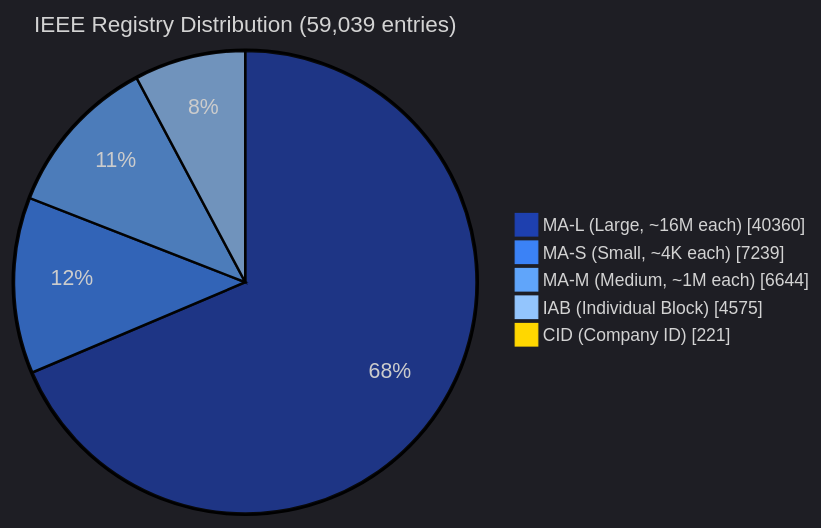
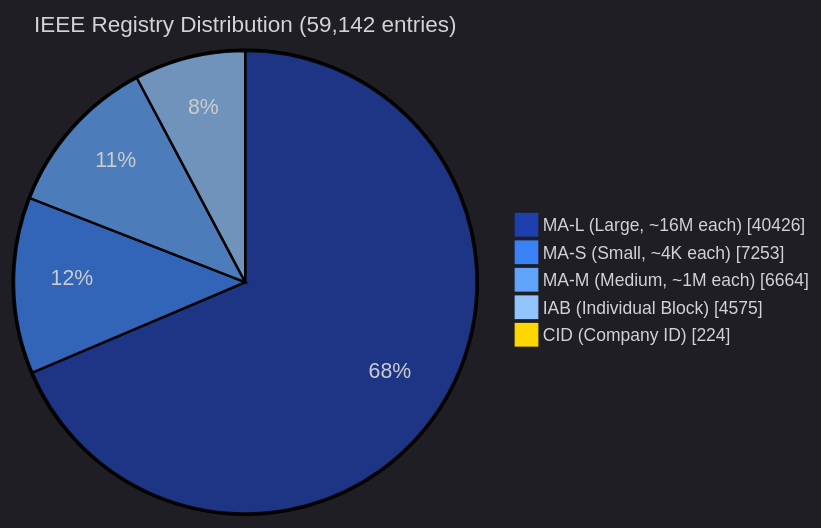
One commit to zqf20096327/dbhub_collect changed the third of 5 diagrams in data/readmes/Ringmast4r__OUI-Master-Database.md. Above: the diagram before and after it, drawn with Mermaid. The commit also changed other lines of this file and 816 other files, not shown here.

````diff
--- a/data/readmes/Ringmast4r__OUI-Master-Database.md
+++ b/data/readmes/Ringmast4r__OUI-Master-Database.md
@@ -133,10 +133,10 @@
 ```mermaid
 %%{init: {'theme':'dark', 'themeVariables': {'pie1':'#1E40AF','pie2':'#3B82F6','pie3':'#60A5FA','pie4':'#93C5FD','pie5':'#FFD700','pieTitleTextSize':'18px','pieLegendTextSize':'14px'}}}%%
 pie showData
-    title IEEE Registry Distribution (59,039 entries)
-    "MA-L (Large, ~16M each)" : 40360
-    "MA-S (Small, ~4K each)" : 7239
-    "MA-M (Medium, ~1M each)" : 6644
+    title IEEE Registry Distribution (59,142 entries)
+    "MA-L (Large, ~16M each)" : 40426
+    "MA-S (Small, ~4K each)" : 7253
+    "MA-M (Medium, ~1M each)" : 6664
     "IAB (Individual Block)" : 4575
-    "CID (Company ID)" : 221
+    "CID (Company ID)" : 224
 ```
````
